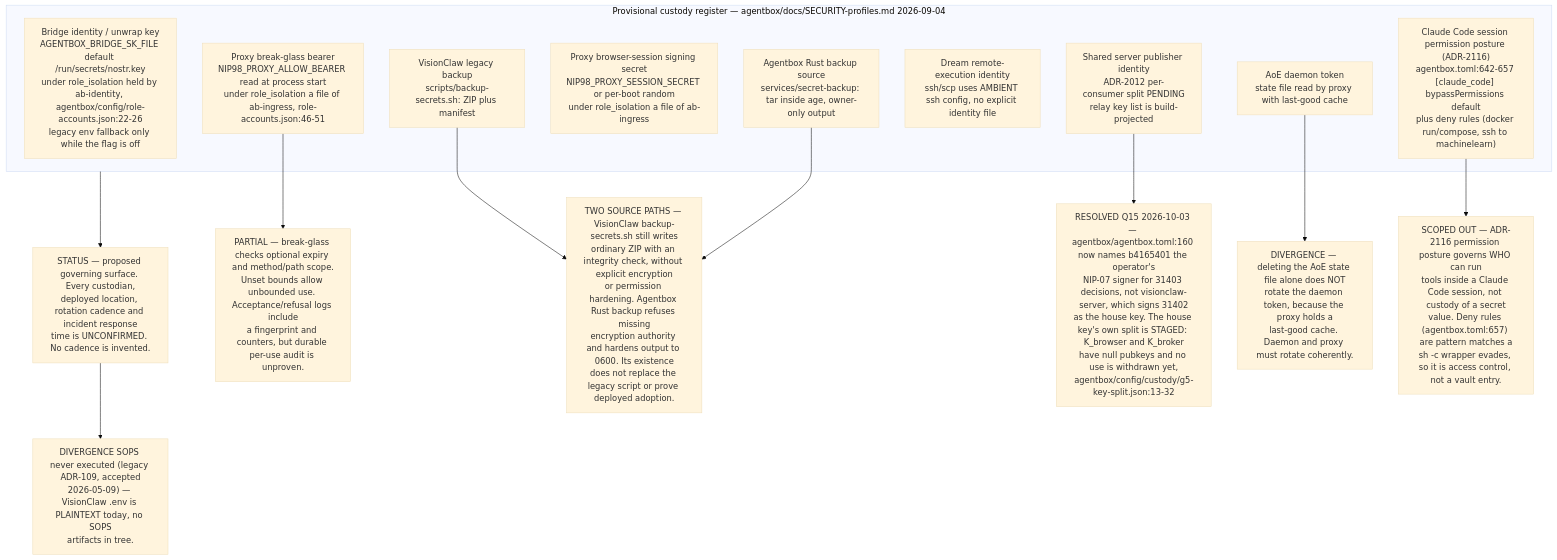
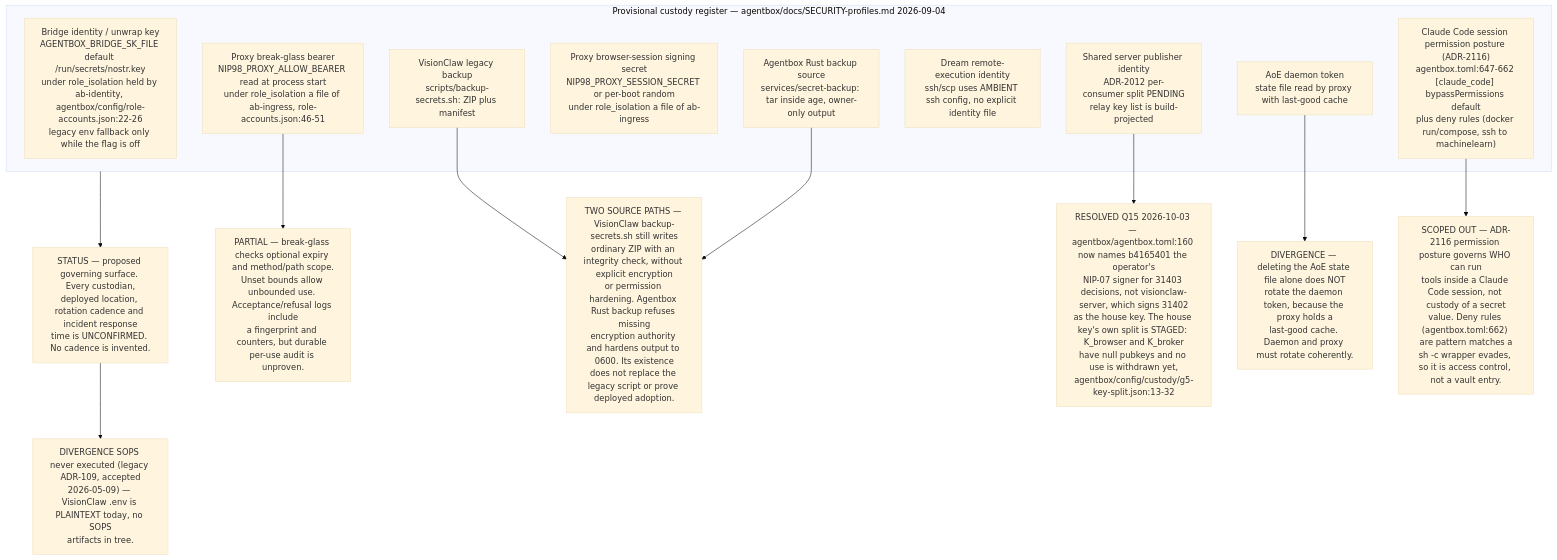
One commit to DreamLab-AI/VisionFlow changed the ninth of 11 diagrams in docs/diagrams/estate/10-deployment-and-security-profiles.md. Above: the diagram before and after it, drawn with Mermaid (base theme). The commit also changed other lines of this file and 80 other files, not shown here.

First line of the commit message:
docs(diagrams): re-verify the agentbox, dreamlab, estate and visionflow corpus against current sources

````diff
--- a/docs/diagrams/estate/10-deployment-and-security-profiles.md
+++ b/docs/diagrams/estate/10-deployment-and-security-profiles.md
@@ -356,30 +356,30 @@
 ```mermaid
 flowchart TB
     subgraph reg["Provisional custody register — agentbox/docs/SECURITY-profiles.md 2026-09-04"]
         C1["Bridge identity / unwrap key<br/>AGENTBOX_BRIDGE_SK_FILE default /run/secrets/nostr.key<br/>under role_isolation held by ab-identity, agentbox/config/role-accounts.json:22-26<br/>legacy env fallback only while the flag is off"]
         C2["Shared server publisher identity<br/>ADR-2012 per-consumer split PENDING<br/>relay key list is build-projected"]
         C3["Proxy break-glass bearer<br/>NIP98_PROXY_ALLOW_BEARER read at process start<br/>under role_isolation a file of ab-ingress, role-accounts.json:46-51"]
         C4["Proxy browser-session signing secret<br/>NIP98_PROXY_SESSION_SECRET or per-boot random<br/>under role_isolation a file of ab-ingress"]
         C5["AoE daemon token<br/>state file read by proxy with last-good cache"]
         C6["Dream remote-execution identity<br/>ssh/scp uses AMBIENT ssh config, no explicit identity file"]
         C7["VisionClaw legacy backup<br/>scripts/backup-secrets.sh: ZIP plus manifest"]
         C8["Agentbox Rust backup source<br/>services/secret-backup: tar inside age, owner-only output"]
-        C9["Claude Code session permission posture (ADR-2116)<br/>agentbox.toml:642-657 [claude_code] bypassPermissions default<br/>plus deny rules (docker run/compose, ssh to machinelearn)"]
+        C9["Claude Code session permission posture (ADR-2116)<br/>agentbox.toml:647-662 [claude_code] bypassPermissions default<br/>plus deny rules (docker run/compose, ssh to machinelearn)"]
     end
     ST["STATUS — proposed governing surface. Every custodian,<br/>deployed location, rotation cadence and incident response<br/>time is UNCONFIRMED. No cadence is invented."]
     D1["PARTIAL — break-glass checks optional expiry and method/path scope.<br/>Unset bounds allow unbounded use. Acceptance/refusal logs include<br/>a fingerprint and counters, but durable per-use audit is unproven."]
     D2["TWO SOURCE PATHS — VisionClaw backup-secrets.sh still writes<br/>ordinary ZIP with an integrity check, without explicit encryption<br/>or permission hardening. Agentbox Rust backup refuses missing<br/>encryption authority and hardens output to 0600. Its existence<br/>does not replace the legacy script or prove deployed adoption."]
     D3["RESOLVED Q15 2026-10-03 — agentbox/agentbox.toml:160 now names b4165401 the operator's<br/>NIP-07 signer for 31403 decisions, not visionclaw-server, which signs 31402<br/>as the house key. The house key's own split is STAGED: K_browser and K_broker<br/>have null pubkeys and no use is withdrawn yet,<br/>agentbox/config/custody/g5-key-split.json:13-32"]
     D4["DIVERGENCE — deleting the AoE state file alone does NOT<br/>rotate the daemon token, because the proxy holds a<br/>last-good cache. Daemon and proxy must rotate coherently."]
     D5["DIVERGENCE SOPS never executed (legacy ADR-109, accepted<br/>2026-05-09) — VisionClaw .env is PLAINTEXT today, no SOPS<br/>artifacts in tree."]
-    D6["SCOPED OUT — ADR-2116 permission posture governs WHO can run<br/>tools inside a Claude Code session, not custody of a secret<br/>value. Deny rules (agentbox.toml:657) are pattern matches a<br/>sh -c wrapper evades, so it is access control, not a vault entry."]
+    D6["SCOPED OUT — ADR-2116 permission posture governs WHO can run<br/>tools inside a Claude Code session, not custody of a secret<br/>value. Deny rules (agentbox.toml:662) are pattern matches a<br/>sh -c wrapper evades, so it is access control, not a vault entry."]
 
     reg --> ST
     C3 --> D1
     C7 --> D2
     C8 --> D2
     C2 --> D3
     C5 --> D4
     ST --> D5
     C9 --> D6
 ```
````
